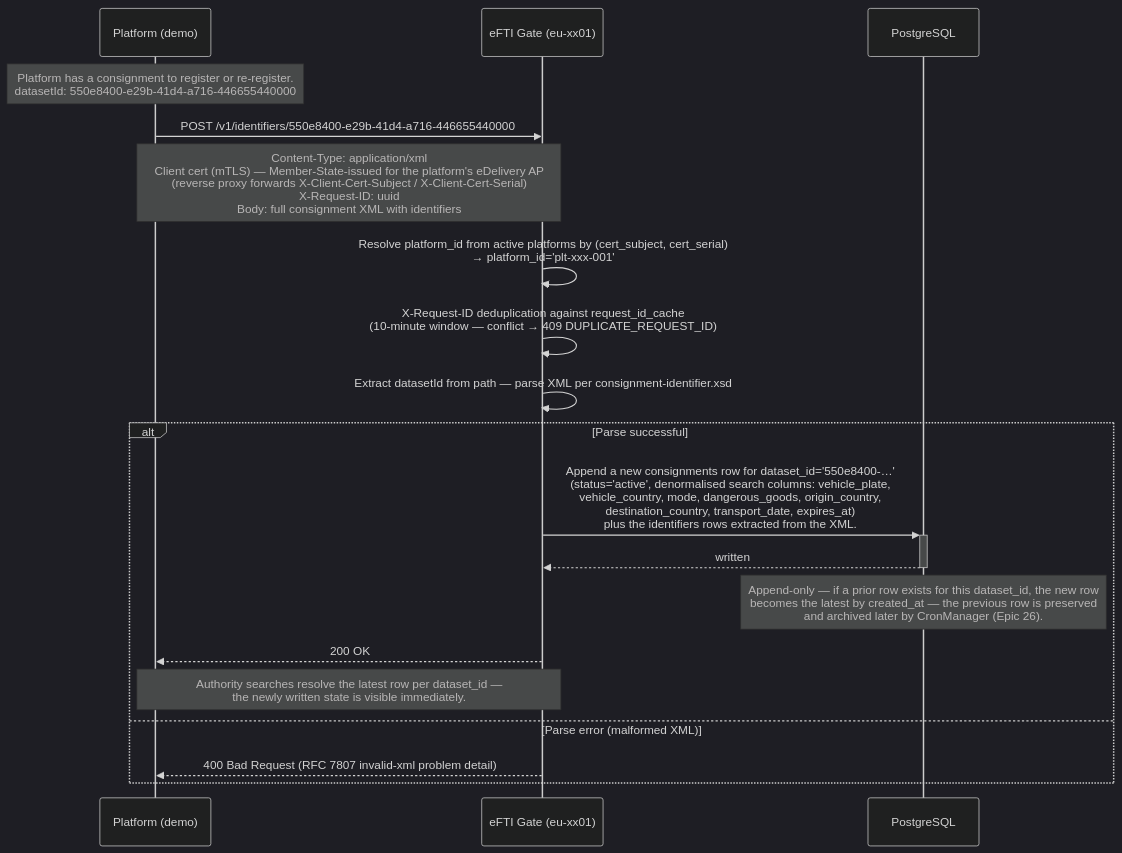
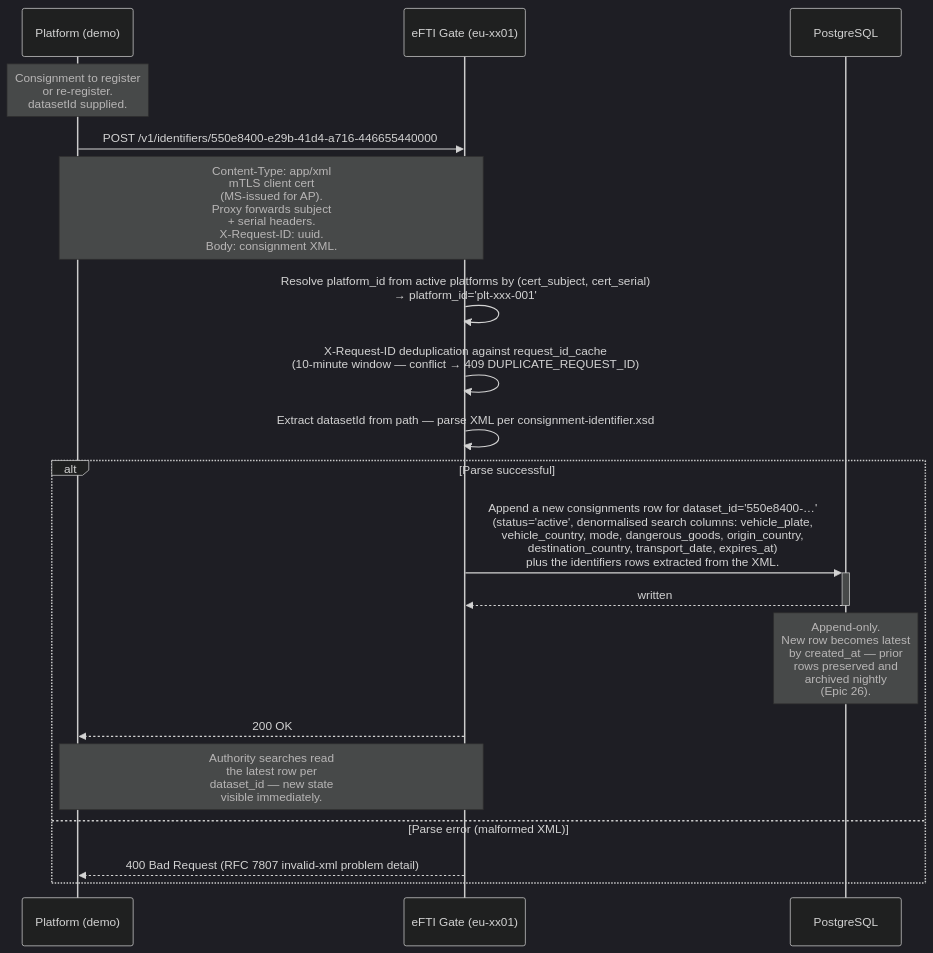
One commit to kemit-ee/efti-gate-ee changed the diagram in docs/specs/diagrams/seq-07-dataset-upload.mmd. Above: the diagram before and after it, drawn with Mermaid (dark theme). The commit also changed 15 other files, not shown here.

First line of the commit message:
docs(diagrams): tighten notes in 16 sequence diagrams to ≤ 25 chars per line

```diff
--- a/docs/specs/diagrams/seq-07-dataset-upload.mmd
+++ b/docs/specs/diagrams/seq-07-dataset-upload.mmd
@@ -1,25 +1,25 @@
 sequenceDiagram
     participant Platform as Platform (demo)
     participant Gate as eFTI Gate (eu-xx01)
     participant DB as PostgreSQL
 
-    Note over Platform: Platform has a consignment to register or re-register.<br/>datasetId: 550e8400-e29b-41d4-a716-446655440000
+    Note over Platform: Consignment to register<br/>or re-register.<br/>datasetId supplied.
 
     Platform->>Gate: POST /v1/identifiers/550e8400-e29b-41d4-a716-446655440000
-    Note over Platform,Gate: Content-Type: application/xml<br/>Client cert (mTLS) — Member-State-issued for the platform's eDelivery AP<br/>(reverse proxy forwards X-Client-Cert-Subject / X-Client-Cert-Serial)<br/>X-Request-ID: uuid<br/>Body: full consignment XML with identifiers
+    Note over Platform,Gate: Content-Type: app/xml<br/>mTLS client cert<br/>(MS-issued for AP).<br/>Proxy forwards subject<br/>+ serial headers.<br/>X-Request-ID: uuid.<br/>Body: consignment XML.
 
     Gate->>Gate: Resolve platform_id from active platforms by (cert_subject, cert_serial)<br/>→ platform_id='plt-xxx-001'
     Gate->>Gate: X-Request-ID deduplication against request_id_cache<br/>(10-minute window — conflict → 409 DUPLICATE_REQUEST_ID)
     Gate->>Gate: Extract datasetId from path — parse XML per consignment-identifier.xsd
 
     alt Parse successful
         Gate->>+DB: Append a new consignments row for dataset_id='550e8400-…'<br/>(status='active', denormalised search columns: vehicle_plate,<br/>vehicle_country, mode, dangerous_goods, origin_country,<br/>destination_country, transport_date, expires_at)<br/>plus the identifiers rows extracted from the XML.
         DB-->>-Gate: written
-        Note over DB: Append-only — if a prior row exists for this dataset_id, the new row<br/>becomes the latest by created_at — the previous row is preserved<br/>and archived later by CronManager (Epic 26).
+        Note over DB: Append-only.<br/>New row becomes latest<br/>by created_at — prior<br/>rows preserved and<br/>archived nightly<br/>(Epic 26).
 
         Gate-->>Platform: 200 OK
-        Note over Gate,Platform: Authority searches resolve the latest row per dataset_id —<br/>the newly written state is visible immediately.
+        Note over Gate,Platform: Authority searches read<br/>the latest row per<br/>dataset_id — new state<br/>visible immediately.
 
     else Parse error (malformed XML)
         Gate-->>Platform: 400 Bad Request (RFC 7807 invalid-xml problem detail)
     end
```
